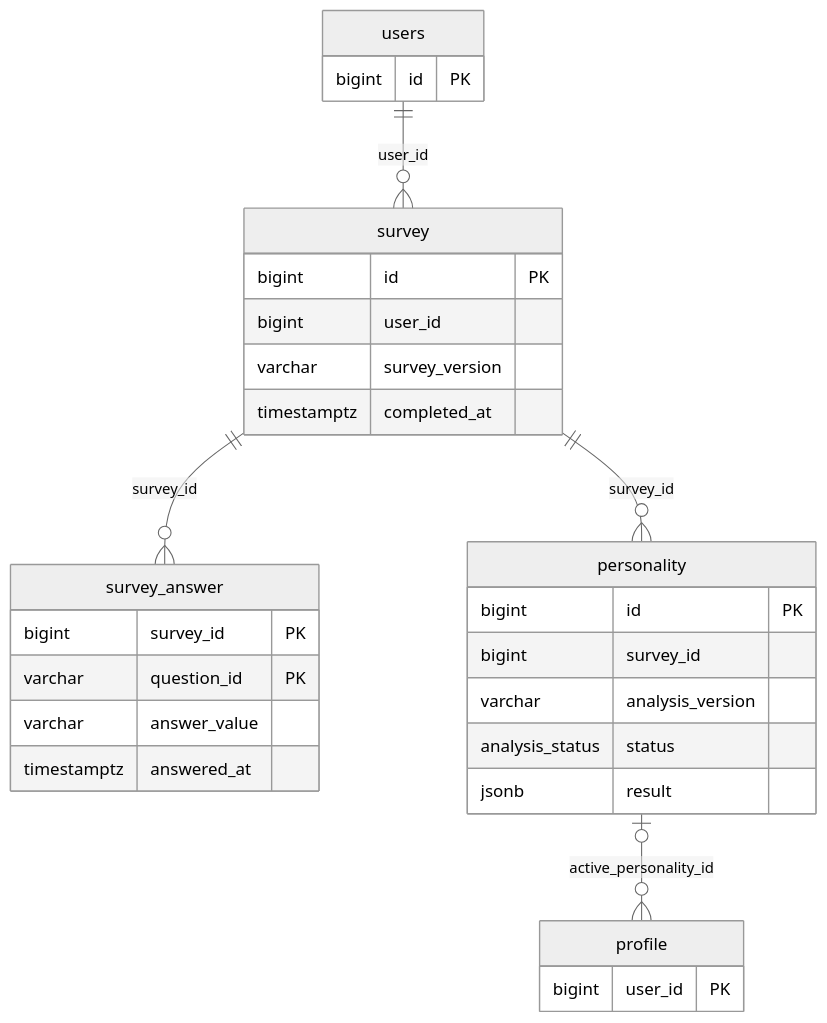
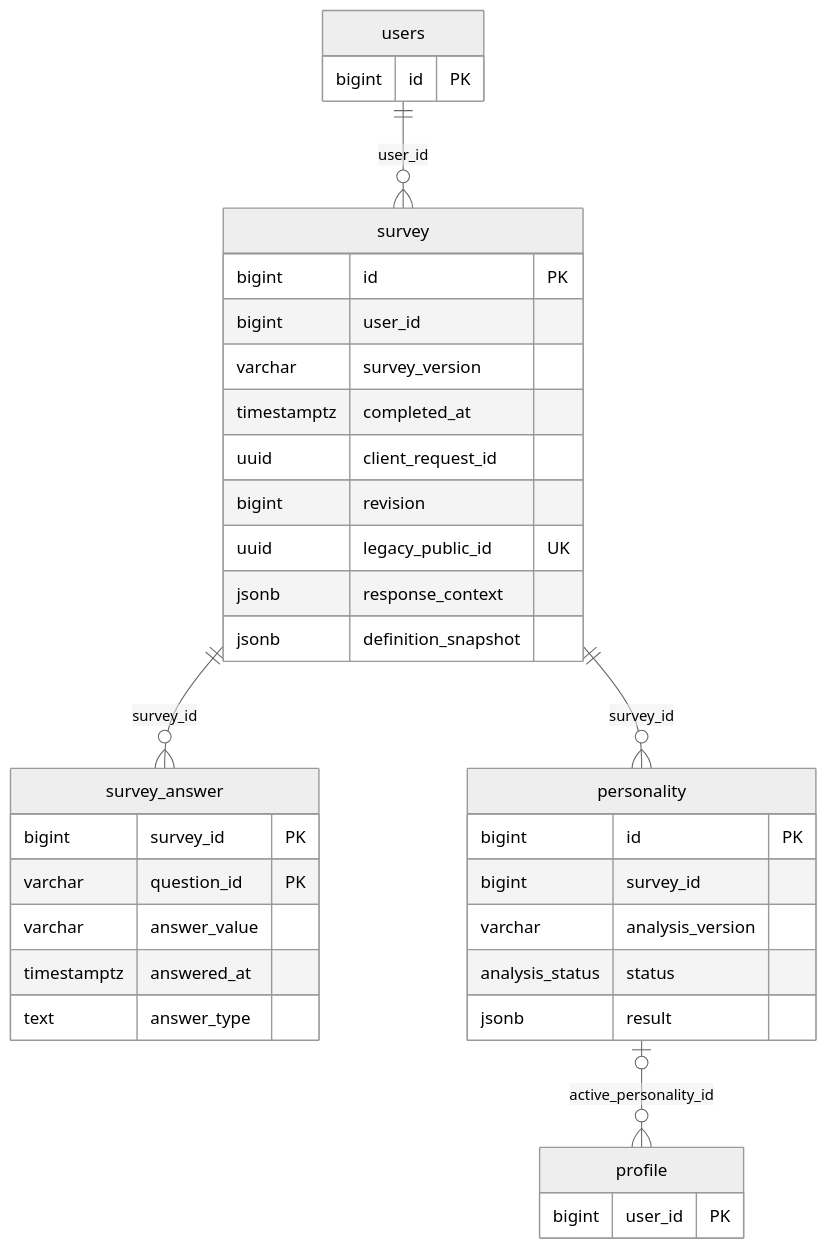
Before and after one commit to j-moo/Tingle: the diagram in docs/database/erd-2.mmd, drawn with Mermaid (neutral theme). The commit also changed 151 other files, not shown here.

```diff
--- a/docs/database/erd-2.mmd
+++ b/docs/database/erd-2.mmd
@@ -1,31 +1,37 @@
 %% ERD21 design view; relationships are logical, not production FK proof.
 erDiagram
     survey {
         bigint id PK
         bigint user_id
         varchar survey_version
         timestamptz completed_at
+        uuid client_request_id
+        bigint revision
+        uuid legacy_public_id UK
+        jsonb response_context
+        jsonb definition_snapshot
     }
     survey_answer {
         bigint survey_id PK
         varchar question_id PK
         varchar answer_value
         timestamptz answered_at
+        text answer_type
     }
     personality {
         bigint id PK
         bigint survey_id
         varchar analysis_version
         analysis_status status
         jsonb result
     }
     profile {
         bigint user_id PK
     }
     users {
         bigint id PK
     }
     survey ||--o{ personality : "survey_id"
     users ||--o{ survey : "user_id"
     personality o|--o{ profile : "active_personality_id"
     survey ||--o{ survey_answer : "survey_id"
```
